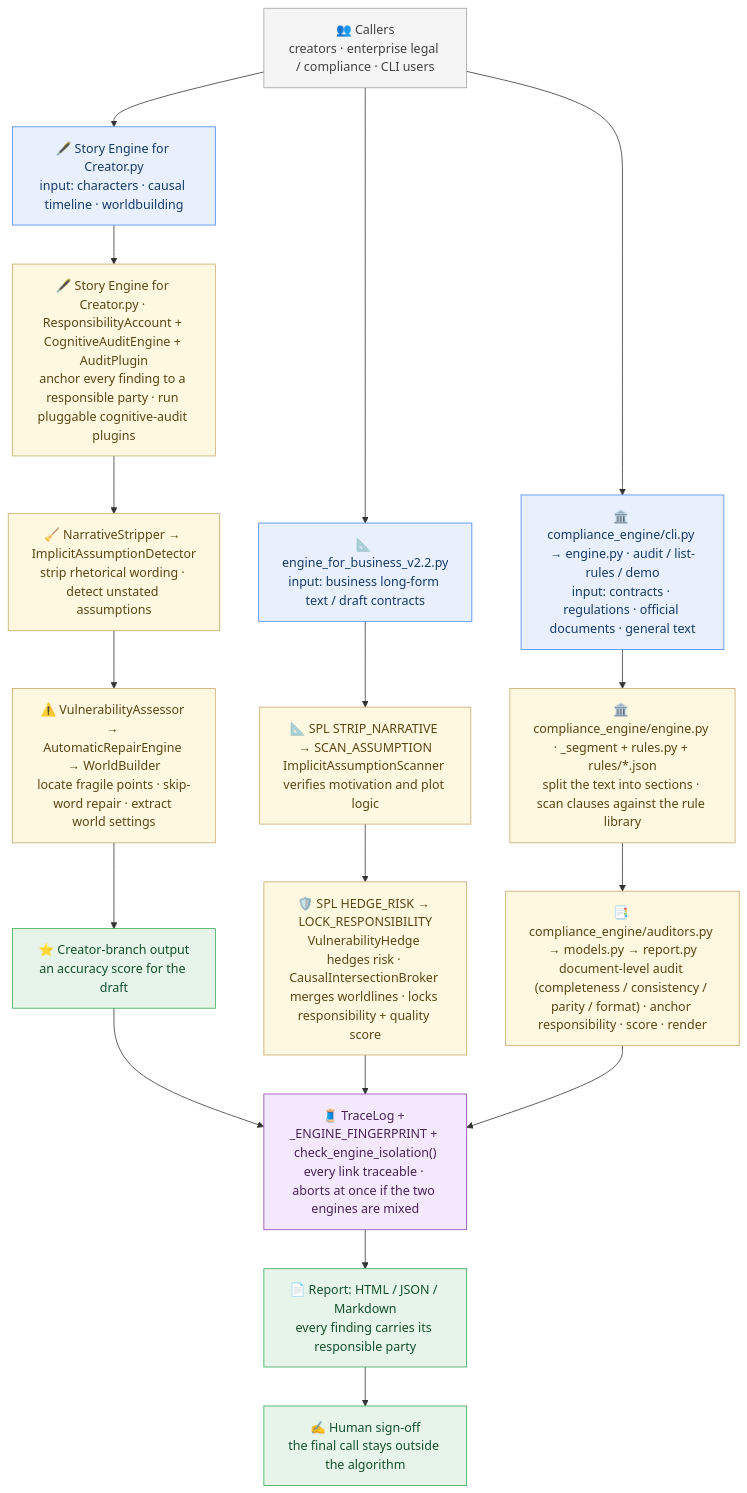
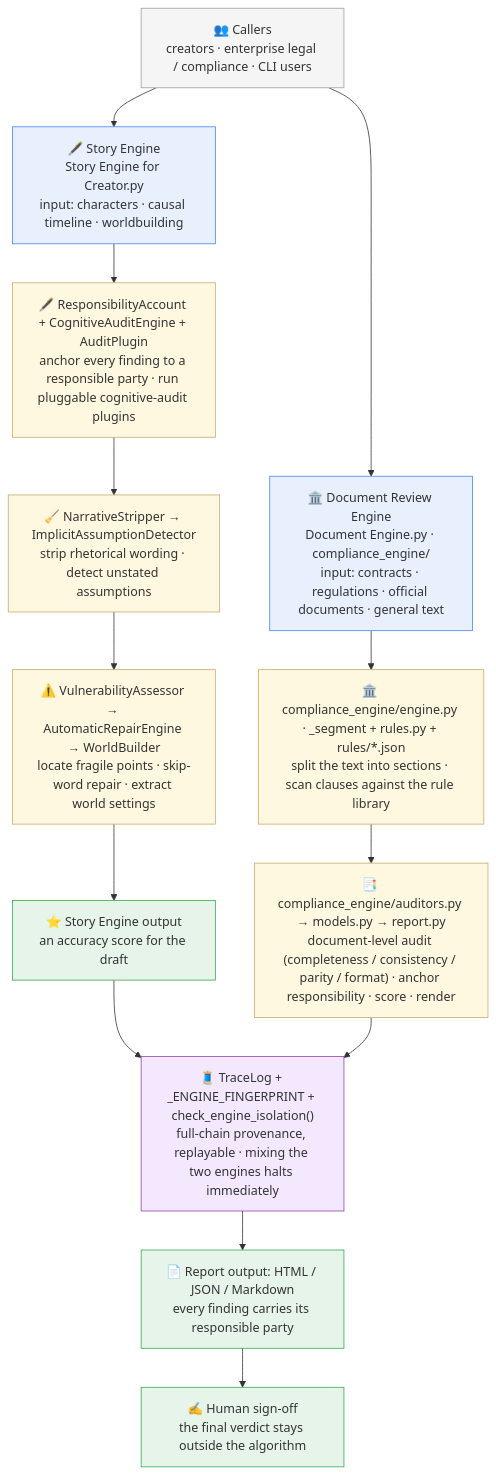
The diagram in README.md (nohn3043-arch/ducument-engine), drawn with Mermaid before and after one commit. The commit also changed other lines of this file and 1 other file, not shown here.

Commit message:
docs: restructure README as one repo with two engines (Story Engine + Document Review Engine); remove dead references to engine for business.py

````diff
--- a/README.md
+++ b/README.md
@@ -43,50 +44,42 @@
 ```mermaid
 flowchart TB
     UP["👥 Callers<br/>creators · enterprise legal / compliance · CLI users"]
 
-    CIN["🖋️ Story Engine for Creator.py<br/>input: characters · causal timeline · worldbuilding"]
-    C1["🖋️ Story Engine for Creator.py · ResponsibilityAccount + CognitiveAuditEngine + AuditPlugin<br/>anchor every finding to a responsible party · run pluggable cognitive-audit plugins"]
+    CIN["🖋️ Story Engine<br/>Story Engine for Creator.py<br/>input: characters · causal timeline · worldbuilding"]
+    C1["🖋️ ResponsibilityAccount + CognitiveAuditEngine + AuditPlugin<br/>anchor every finding to a responsible party · run pluggable cognitive-audit plugins"]
     C2["🧹 NarrativeStripper → ImplicitAssumptionDetector<br/>strip rhetorical wording · detect unstated assumptions"]
     C3["⚠️ VulnerabilityAssessor → AutomaticRepairEngine → WorldBuilder<br/>locate fragile points · skip-word repair · extract world settings"]
-    COUT["⭐ Creator-branch output<br/>an accuracy score for the draft"]
+    COUT["⭐ Story Engine output<br/>an accuracy score for the draft"]
 
-    BIN["📐 engine_for_business_v2.2.py<br/>input: business long-form text / draft contracts"]
-    B1["📐 SPL STRIP_NARRATIVE → SCAN_ASSUMPTION<br/>ImplicitAssumptionScanner verifies motivation and plot logic"]
-    B2["🛡️ SPL HEDGE_RISK → LOCK_RESPONSIBILITY<br/>VulnerabilityHedge hedges risk · CausalIntersectionBroker merges worldlines · locks responsibility + quality score"]
-
-    DIN["🏛️ compliance_engine/cli.py → engine.py · audit / list-rules / demo<br/>input: contracts · regulations · official documents · general text"]
+    DIN["🏛️ Document Review Engine<br/>Document Engine.py · compliance_engine/<br/>input: contracts · regulations · official documents · general text"]
     D1["🏛️ compliance_engine/engine.py · _segment + rules.py + rules/*.json<br/>split the text into sections · scan clauses against the rule library"]
     D2["📑 compliance_engine/auditors.py → models.py → report.py<br/>document-level audit (completeness / consistency / parity / format) · anchor responsibility · score · render"]
 
-    SH["🧵 TraceLog + _ENGINE_FINGERPRINT + check_engine_isolation()<br/>every link traceable · aborts at once if the two engines are mixed"]
-    OUT["📄 Report: HTML / JSON / Markdown<br/>every finding carries its responsible party"]
-    HUMAN["✍️ Human sign-off<br/>the final call stays outside the algorithm"]
+    SH["🧵 TraceLog + _ENGINE_FINGERPRINT + check_engine_isolation()<br/>full-chain provenance, replayable · mixing the two engines halts immediately"]
+    OUT["📄 Report output: HTML / JSON / Markdown<br/>every finding carries its responsible party"]
+    HUMAN["✍️ Human sign-off<br/>the final verdict stays outside the algorithm"]
 
     UP --> CIN
-    UP --> BIN
     UP --> DIN
     CIN --> C1
     C1 --> C2
     C2 --> C3
     C3 --> COUT
-    BIN --> B1
-    B1 --> B2
     DIN --> D1
     D1 --> D2
     COUT --> SH
-    B2 --> SH
     D2 --> SH
     SH --> OUT
     OUT --> HUMAN
 
-    classDef cUp fill:#F5F5F5,stroke:#9E9E9E,stroke-width:1px,color:#424242
-    classDef cIn fill:#E8F0FE,stroke:#4285F4,stroke-width:1px,color:#173A66
-    classDef cCore fill:#FFF8E1,stroke:#C9A96E,stroke-width:1px,color:#5B4614
-    classDef cSide fill:#F3E8FD,stroke:#8E44AD,stroke-width:1px,color:#4A235A
-    classDef cOut fill:#E6F4EA,stroke:#34A853,stroke-width:1px,color:#14512B
+    classDef cUp fill:#F5F5F5,stroke:#9E9E9E,stroke-width:1px;color:#424242
+    classDef cIn fill:#E8F0FE,stroke:#4285F4,stroke-width:1px;color:#173A66
+    classDef cCore fill:#FFF8E1,stroke:#C9A96E,stroke-width:1px;color:#5B4614
+    classDef cSide fill:#F3E8FD,stroke:#8E44AD,stroke-width:1px;color:#4A235D
+    classDef cOut fill:#E6F4EA,stroke:#34A853,stroke-width:1px;color:#14512B
     class UP cUp
-    class CIN,BIN,DIN cIn
-    class C1,C2,C3,B1,B2,D1,D2 cCore
+    class CIN,DIN cIn
+    class C1,C2,C3,D1,D2 cCore
     class SH cSide
     class COUT,OUT,HUMAN cOut
 ```
````
